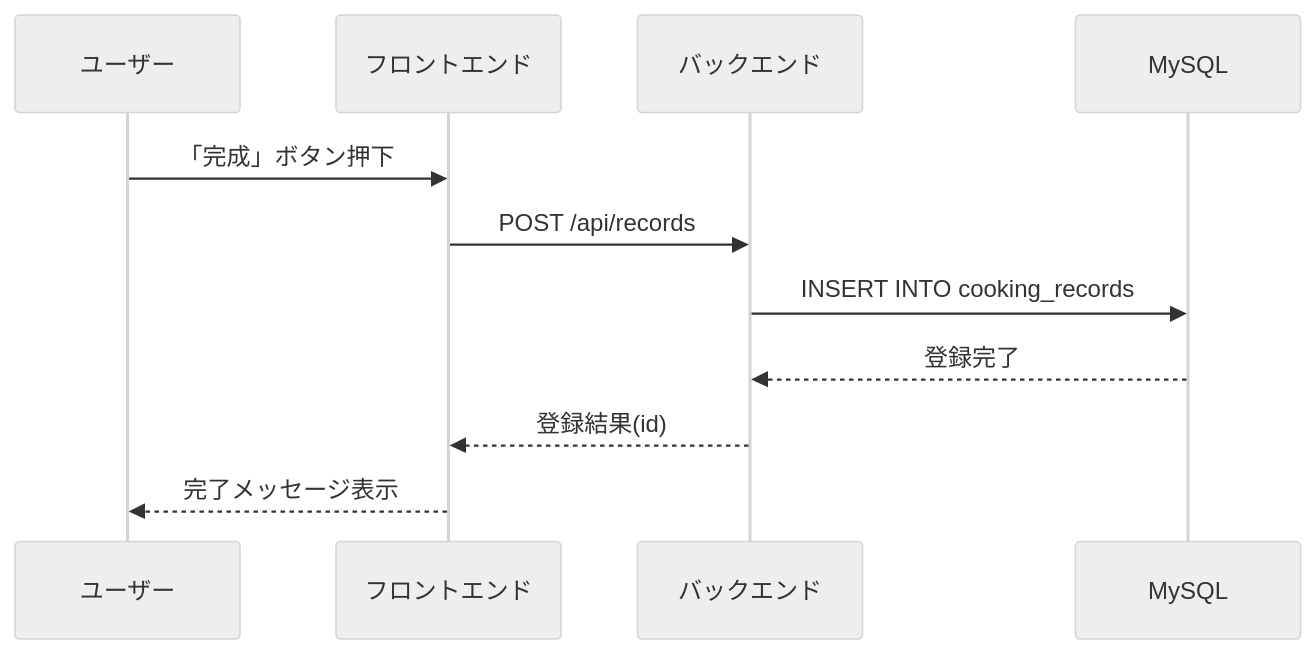
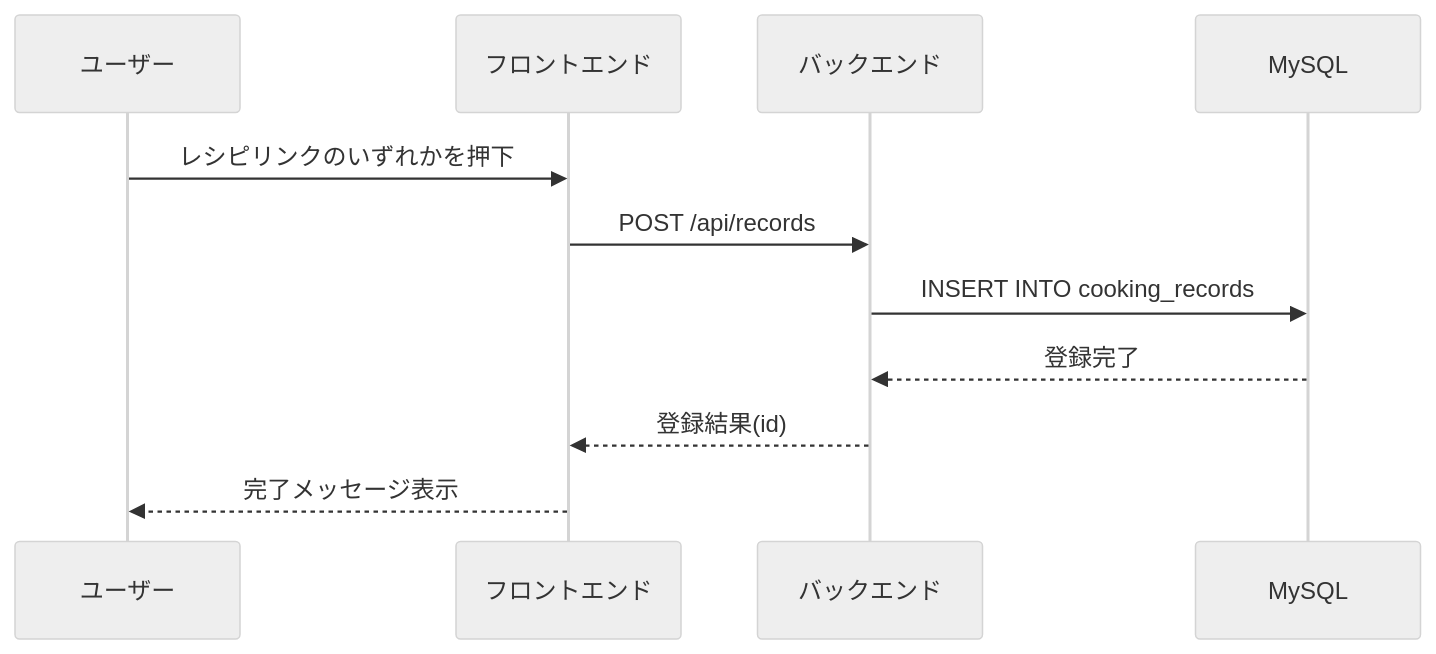
One commit to kikiki-0604/1015_study changed the fourth of 5 diagrams in docs/basic-design.md. Above: the diagram before and after it, drawn with Mermaid (neutral theme). The commit also changed other lines of this file and 20 other files, not shown here.

````diff
--- a/docs/basic-design.md
+++ b/docs/basic-design.md
@@ -94,13 +98,13 @@
 ```mermaid
 sequenceDiagram
     participant U as ユーザー
     participant F as フロントエンド
     participant B as バックエンド
     participant D as MySQL
-    U->>F: 「完成」ボタン押下
+    U->>F: レシピリンクのいずれかを押下
     F->>B: POST /api/records
     B->>D: INSERT INTO cooking_records
     D-->>B: 登録完了
     B-->>F: 登録結果(id)
     F-->>U: 完了メッセージ表示
 ```
````
